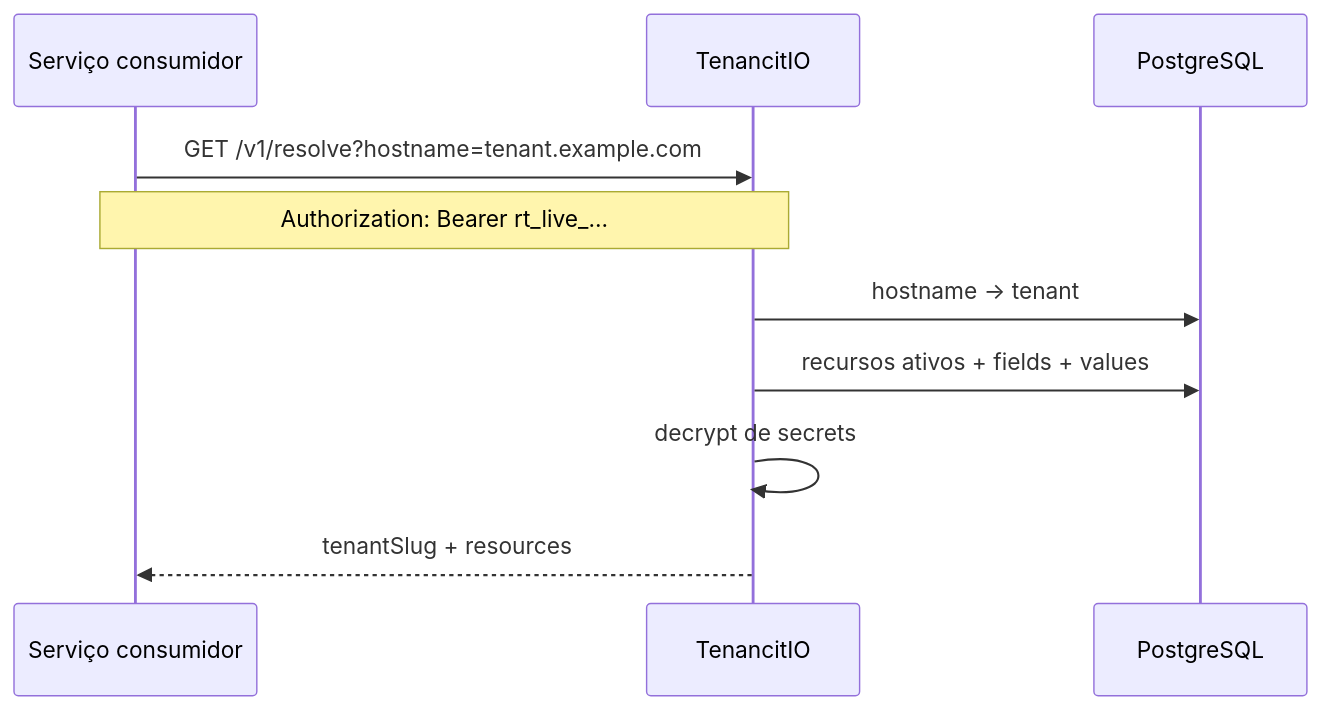
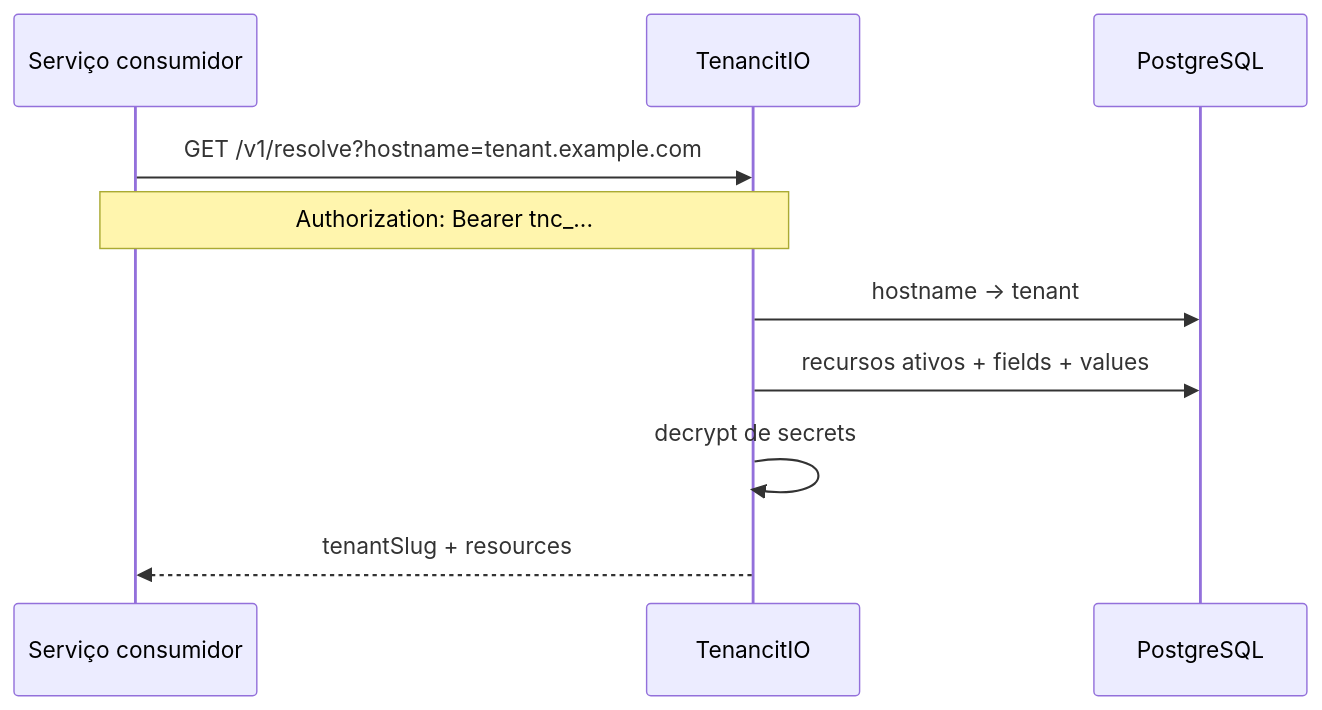
One commit to djalmajr/tenancit changed the first of 2 diagrams in docs/engenharia/01-arquitetura.adoc. Above: the diagram before and after it, drawn with Mermaid. The commit also changed 11 other files, not shown here.

```diff
--- a/docs/engenharia/01-arquitetura.adoc
+++ b/docs/engenharia/01-arquitetura.adoc
@@ -37,14 +37,14 @@
 [mermaid]
 ----
 sequenceDiagram
   participant C as Serviço consumidor
   participant RTS as TenancitIO
   participant PG as PostgreSQL
 
   C->>RTS: GET /v1/resolve?hostname=tenant.example.com
-  Note over C,RTS: Authorization: Bearer rt_live_...
+  Note over C,RTS: Authorization: Bearer tnc_...
   RTS->>PG: hostname -> tenant
   RTS->>PG: recursos ativos + fields + values
   RTS->>RTS: decrypt de secrets
   RTS-->>C: tenantSlug + resources
 ----
```
